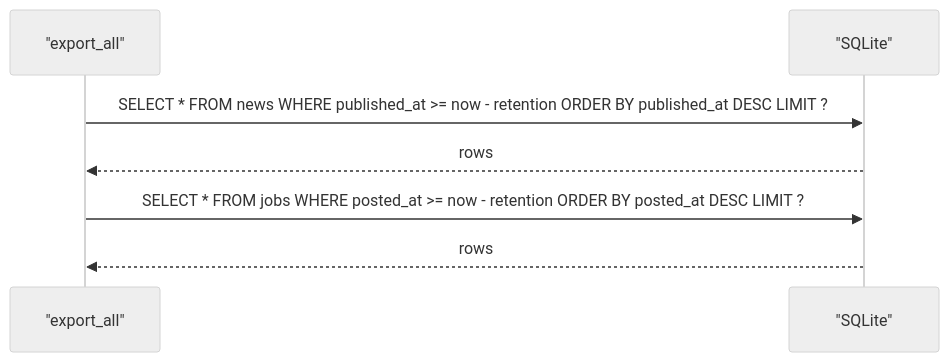
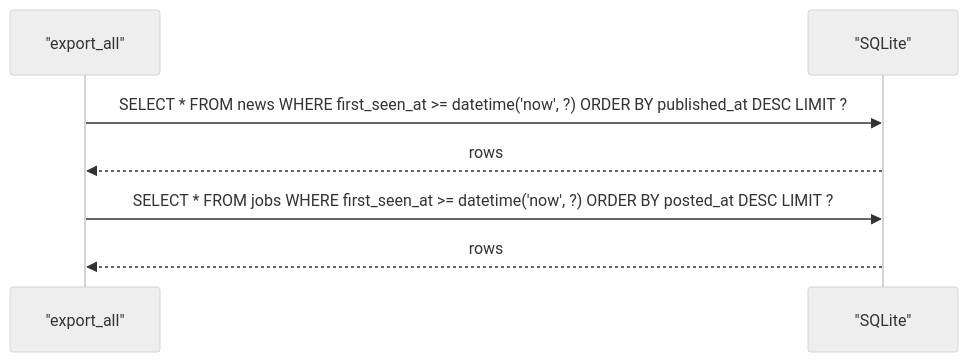
Before and after one commit to shakthi-vinayak/news: the sixth of 10 diagrams in .qoder/repowiki/en/content/Data Management/Database Operations.md, drawn with Mermaid (neutral theme). The commit also changed other lines of this file and 37 other files, not shown here.

````diff
--- a/.qoder/repowiki/en/content/Data Management/Database Operations.md
+++ b/.qoder/repowiki/en/content/Data Management/Database Operations.md
@@ -214,9 +221,9 @@
 ```mermaid
 sequenceDiagram
 participant Export as "export_all"
 participant DB as "SQLite"
-Export->>DB : SELECT * FROM news WHERE published_at >= now - retention ORDER BY published_at DESC LIMIT ?
+Export->>DB : SELECT * FROM news WHERE first_seen_at >= datetime('now', ?) ORDER BY published_at DESC LIMIT ?
 DB-->>Export : rows
-Export->>DB : SELECT * FROM jobs WHERE posted_at >= now - retention ORDER BY posted_at DESC LIMIT ?
+Export->>DB : SELECT * FROM jobs WHERE first_seen_at >= datetime('now', ?) ORDER BY posted_at DESC LIMIT ?
 DB-->>Export : rows
 ```
````
